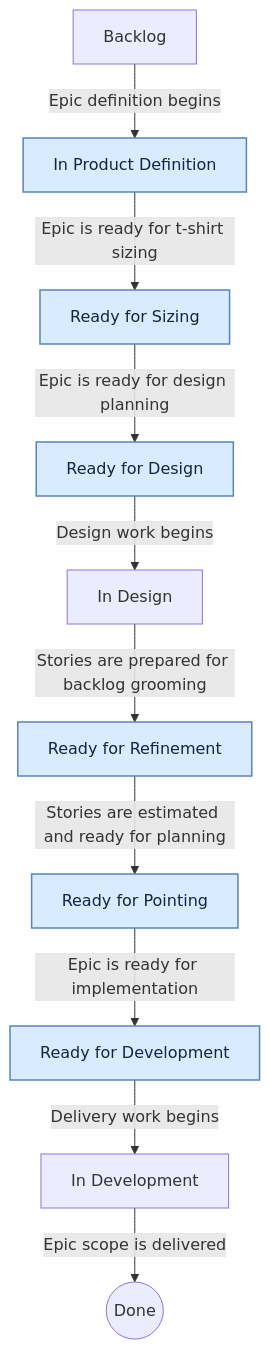
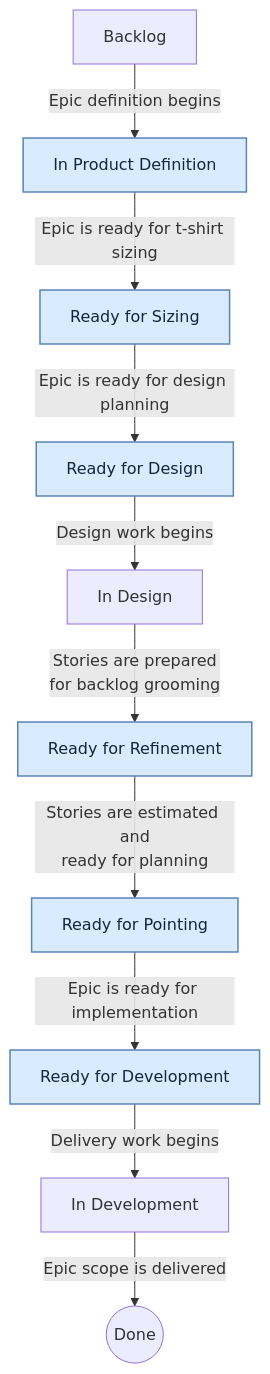
The second of 2 diagrams in diagrams/proposed-story-status-workflow.md (arthurbath/scrum-workflow), drawn with Mermaid before and after one commit. The commit also changed other lines of this file and 2 other files, not shown here.

Commit message:
Make long Mermaid labels explicit multiline

````diff
--- a/diagrams/proposed-story-status-workflow.md
+++ b/diagrams/proposed-story-status-workflow.md
@@ -58,15 +58,15 @@
 ```mermaid
 flowchart TD
     EB["Backlog"] -->|"Epic definition begins"| EPD["In Product Definition"]
     EPD -->|"Epic is ready for t-shirt sizing"| ERS["Ready for Sizing"]
     ERS -->|"Epic is ready for design planning"| ERFD["Ready for Design"]
     ERFD -->|"Design work begins"| EID["In Design"]
-    EID -->|"Stories are prepared for backlog grooming"| ERR["Ready for Refinement"]
-    ERR -->|"Stories are estimated and ready for planning"| ERP["Ready for Pointing"]
+    EID -->|"Stories are prepared<br/>for backlog grooming"| ERR["Ready for Refinement"]
+    ERR -->|"Stories are estimated and<br/>ready for planning"| ERP["Ready for Pointing"]
     ERP -->|"Epic is ready for implementation"| ERDV["Ready for Development"]
     ERDV -->|"Delivery work begins"| EDEV["In Development"]
     EDEV -->|"Epic scope is delivered"| EDONE(("Done"))
 
     classDef proposed fill:#d9ecff,stroke:#5a84b6,color:#11263f,stroke-width:1.5px;
     class EPD,ERS,ERFD,ERR,ERP,ERDV proposed;
 ```
````
